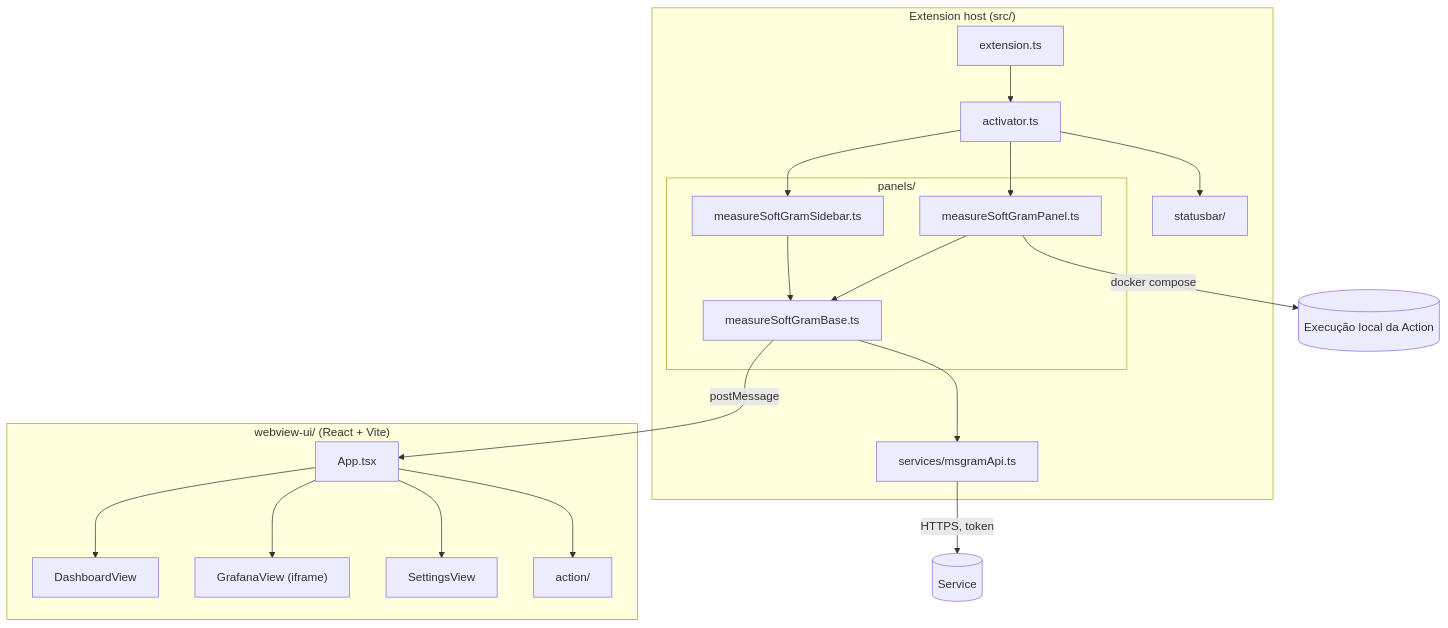
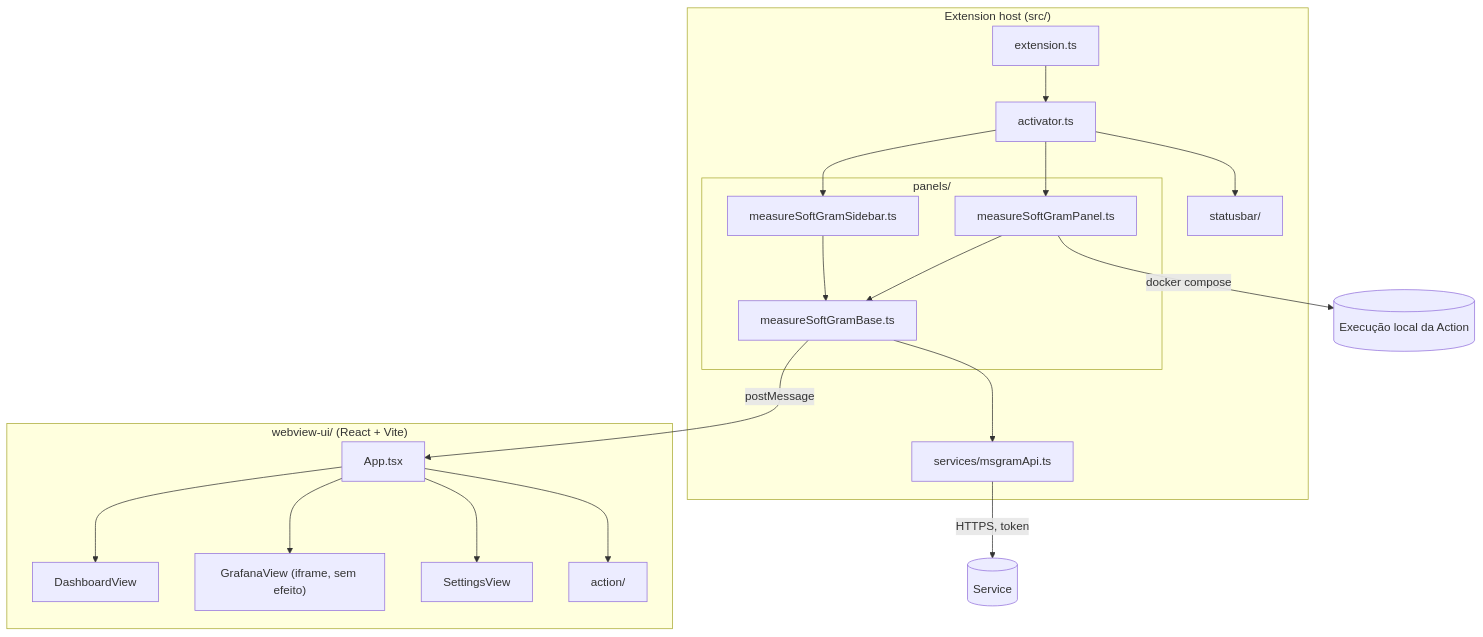
Before and after one commit to fga-eps-mds/2026.2-MeasureSoftGram-DOC: the fourth of 8 diagrams in docs/produto/arquitetura.mdx, drawn with Mermaid. The commit also changed other lines of this file, not shown here.

Commit message:
docs(arquitetura): remove o Grafana da arquitetura

````diff
--- a/docs/produto/arquitetura.mdx
+++ b/docs/produto/arquitetura.mdx
@@ -342,36 +311,36 @@
 ```mermaid
 flowchart TB
     subgraph Host["Extension host (src/)"]
         EXT["extension.ts"]
         ACTV["activator.ts"]
         SB["statusbar/"]
         subgraph Panels["panels/"]
             BASE["measureSoftGramBase.ts"]
             PANEL["measureSoftGramPanel.ts"]
             SIDE["measureSoftGramSidebar.ts"]
         end
         API["services/msgramApi.ts"]
     end
 
     subgraph Webview["webview-ui/ (React + Vite)"]
         APP["App.tsx"]
         DASH["DashboardView"]
-        GRAF["GrafanaView (iframe)"]
+        GRAF["GrafanaView (iframe, sem efeito)"]
         SETV["SettingsView"]
         ACTIONV["action/"]
     end
 
     EXT --> ACTV --> SB
     ACTV --> PANEL
     ACTV --> SIDE
     PANEL --> BASE
     SIDE --> BASE
     BASE --> API
     BASE -->|"postMessage"| APP
     APP --> DASH
     APP --> GRAF
     APP --> SETV
     APP --> ACTIONV
     API -->|"HTTPS, token"| SVC[("Service")]
     PANEL -->|"docker compose"| RUN[("Execução local da Action")]
 ```
````
